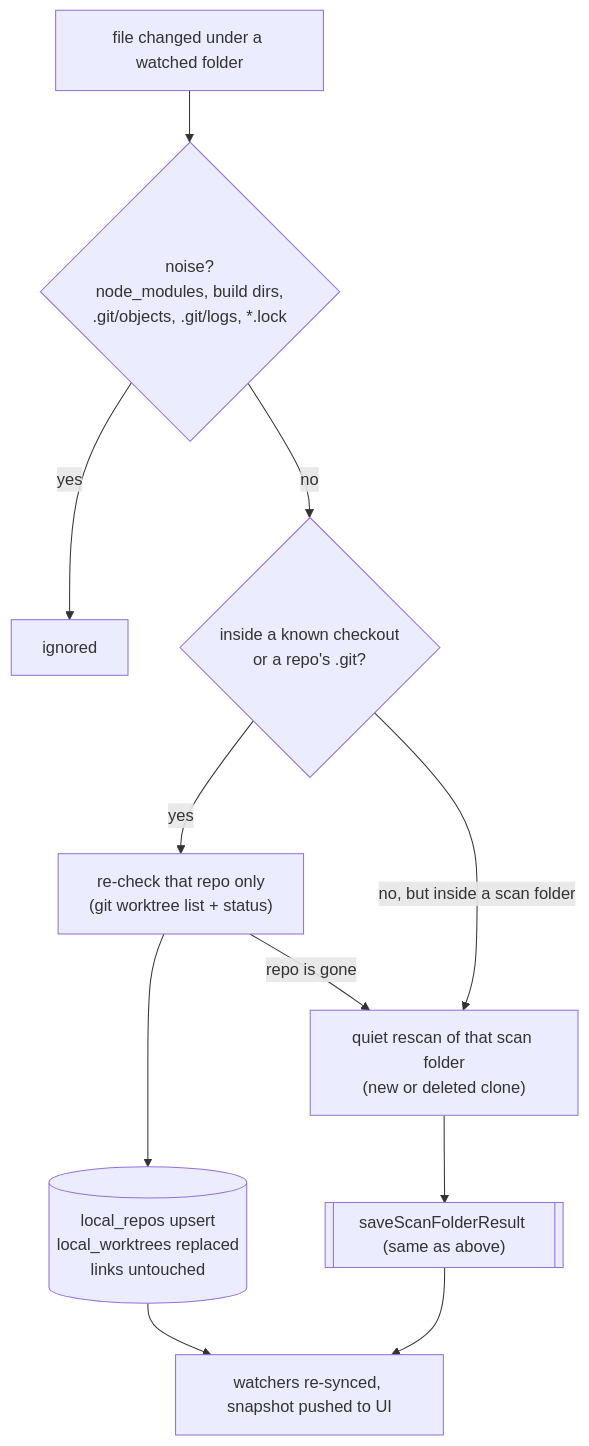
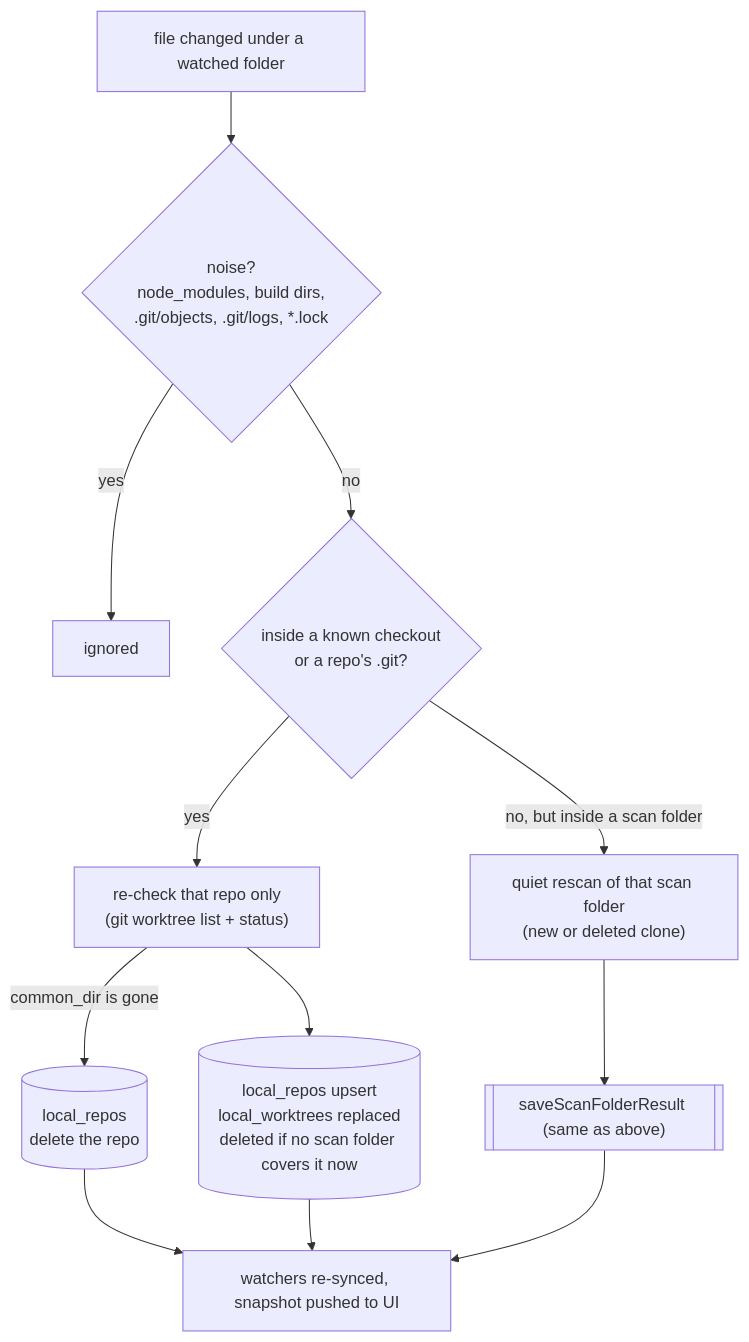
Before and after one commit to idotalmor/the-garage-desktop-rn: the third of 3 diagrams in src/main/local-repos/db/tables/README.md, drawn with Mermaid. The commit also changed other lines of this file and 11 other files, not shown here.

Commit message:
Drop local_repo_scan_folders; work out scan folder coverage from paths

````diff
--- a/src/main/local-repos/db/tables/README.md
+++ b/src/main/local-repos/db/tables/README.md
@@ -110,13 +111,14 @@
 ```mermaid
 flowchart TD
   W[file changed under a watched folder] --> N{"noise?<br/>node_modules, build dirs,<br/>.git/objects, .git/logs, *.lock"}
   N -- yes --> X[ignored]
   N -- no --> K{"inside a known checkout<br/>or a repo's .git?"}
   K -- yes --> R["re-check that repo only<br/>(git worktree list + status)"]
-  R --> R1[(local_repos upsert<br/>local_worktrees replaced<br/>links untouched)]
-  R -- repo is gone --> S
+  R --> R1[(local_repos upsert<br/>local_worktrees replaced<br/>deleted if no scan folder covers it now)]
+  R -- common_dir is gone --> D[(local_repos<br/>delete the repo)]
+  D --> U
   K -- no, but inside a scan folder --> S["quiet rescan of that scan folder<br/>(new or deleted clone)"]
   S --> I[["saveScanFolderResult (same as above)"]]
   R1 --> U[watchers re-synced, snapshot pushed to UI]
   I --> U
 ```
````
